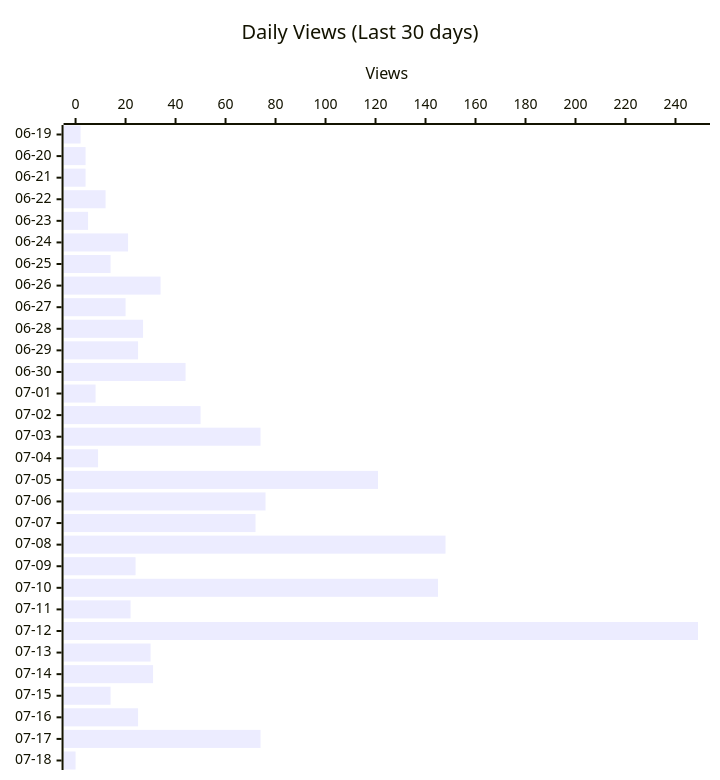
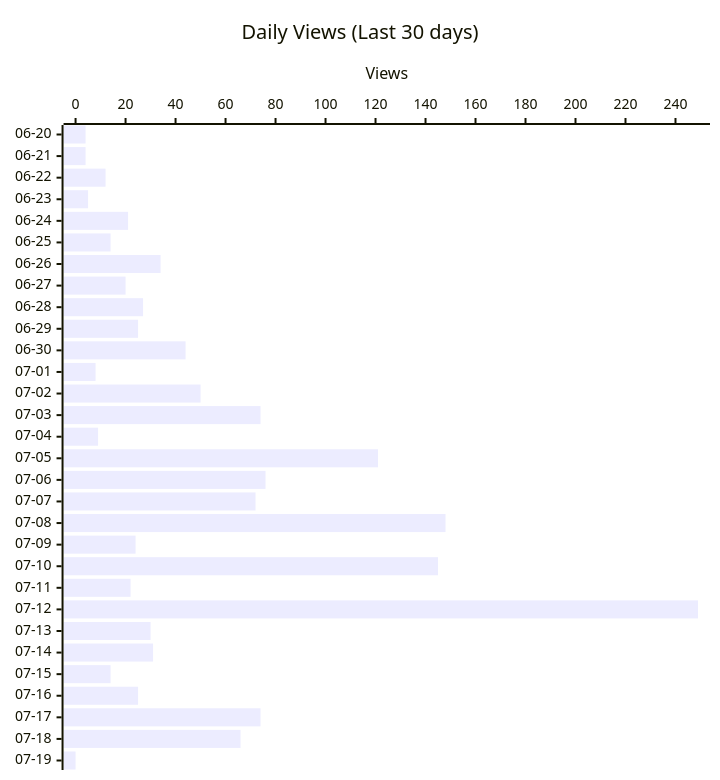
Before and after one commit to shigechika/github-insights: the second of 4 diagrams in README.md, drawn with Mermaid. The commit also changed other lines of this file and 2 other files, not shown here.

````diff
--- a/README.md
+++ b/README.md
@@ -28,12 +28,12 @@
 ```mermaid
 ---
 config:
   xyChart:
     height: 760
 ---
 xychart-beta horizontal
     title "Daily Views (Last 30 days)"
-    x-axis ["06-19", "06-20", "06-21", "06-22", "06-23", "06-24", "06-25", "06-26", "06-27", "06-28", "06-29", "06-30", "07-01", "07-02", "07-03", "07-04", "07-05", "07-06", "07-07", "07-08", "07-09", "07-10", "07-11", "07-12", "07-13", "07-14", "07-15", "07-16", "07-17", "07-18"]
+    x-axis ["06-20", "06-21", "06-22", "06-23", "06-24", "06-25", "06-26", "06-27", "06-28", "06-29", "06-30", "07-01", "07-02", "07-03", "07-04", "07-05", "07-06", "07-07", "07-08", "07-09", "07-10", "07-11", "07-12", "07-13", "07-14", "07-15", "07-16", "07-17", "07-18", "07-19"]
     y-axis "Views"
-    bar [2, 4, 4, 12, 5, 21, 14, 34, 20, 27, 25, 44, 8, 50, 74, 9, 121, 76, 72, 148, 24, 145, 22, 249, 30, 31, 14, 25, 74, 0]
+    bar [4, 4, 12, 5, 21, 14, 34, 20, 27, 25, 44, 8, 50, 74, 9, 121, 76, 72, 148, 24, 145, 22, 249, 30, 31, 14, 25, 74, 66, 0]
 ```
````
